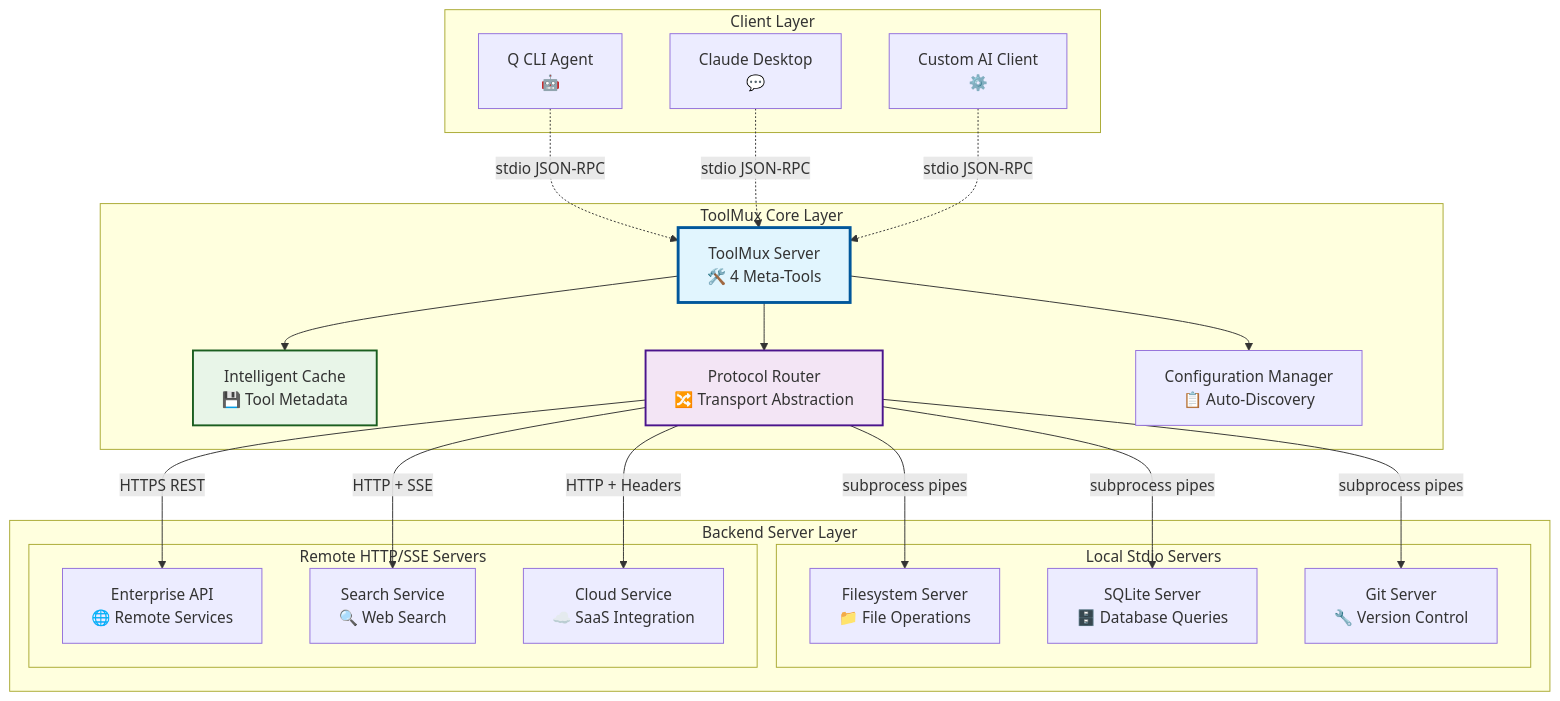
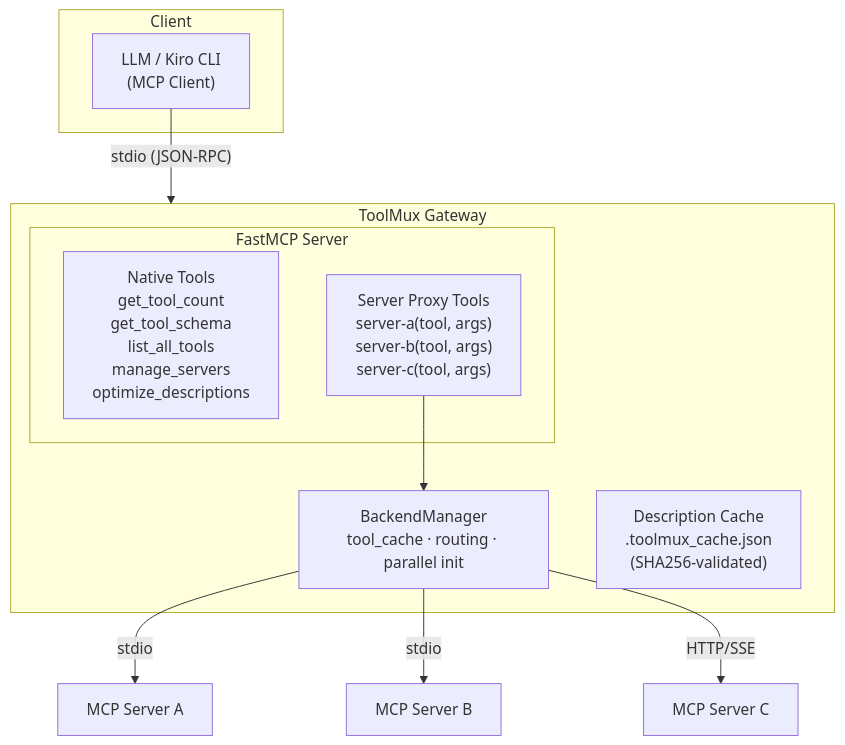
Before and after one commit to subnetangel/ToolMux: the first of 10 diagrams in docs/ARCHITECTURE.md, drawn with Mermaid. The commit also changed other lines of this file and 29 other files, not shown here.

````diff
--- a/docs/ARCHITECTURE.md
+++ b/docs/ARCHITECTURE.md
@@ -90,48 +9,22 @@
 ```mermaid
 graph TB
-    subgraph "Client Layer"
-        QCli["Q CLI Agent<br/>🤖"]
-        Claude["Claude Desktop<br/>💬"]
-        Custom["Custom AI Client<br/>⚙️"]
+    subgraph Client
+        LLM["LLM / Kiro CLI<br/>(MCP Client)"]
     end
-    
-    subgraph "ToolMux Core Layer"
-        TM["ToolMux Server<br/>🛠️ 4 Meta-Tools"]
-        Cache["Intelligent Cache<br/>💾 Tool Metadata"]
-        Router["Protocol Router<br/>🔀 Transport Abstraction"]
-        Config["Configuration Manager<br/>📋 Auto-Discovery"]
+
+    LLM -->|"stdio (JSON-RPC)"| TM
+
+    subgraph TM["ToolMux Gateway"]
+        subgraph FastMCP["FastMCP Server"]
+            Native["Native Tools<br/>get_tool_count<br/>get_tool_schema<br/>list_all_tools<br/>manage_servers<br/>optimize_descriptions"]
+            Proxies["Server Proxy Tools<br/>server-a(tool, args)<br/>server-b(tool, args)<br/>server-c(tool, args)"]
+        end
+        BM["BackendManager<br/>tool_cache · routing · parallel init"]
+        Cache["Description Cache<br/>.toolmux_cache.json<br/>(SHA256-validated)"]
     end
-    
-    subgraph "Backend Server Layer"
-        subgraph "Local Stdio Servers"
-            FS["Filesystem Server<br/>📁 File Operations"]
-            SQLite["SQLite Server<br/>🗄️ Database Queries"]
-            Git["Git Server<br/>🔧 Version Control"]
-        end
-        
-        subgraph "Remote HTTP/SSE Servers"
-            API1["Enterprise API<br/>🌐 Remote Services"]
-            Search["Search Service<br/>🔍 Web Search"]
-            Cloud["Cloud Service<br/>☁️ SaaS Integration"]
-        end
-    end
-    
-    QCli -.->|stdio JSON-RPC| TM
-    Claude -.->|stdio JSON-RPC| TM
-    Custom -.->|stdio JSON-RPC| TM
-    
-    TM --> Cache
-    TM --> Router
-    TM --> Config
-    
-    Router -->|subprocess pipes| FS
-    Router -->|subprocess pipes| SQLite
-    Router -->|subprocess pipes| Git
-    Router -->|HTTPS REST| API1
-    Router -->|HTTP + SSE| Search
-    Router -->|HTTP + Headers| Cloud
-    
-    style TM fill:#e1f5fe,stroke:#01579b,stroke-width:3px
-    style Router fill:#f3e5f5,stroke:#4a148c,stroke-width:2px
-    style Cache fill:#e8f5e8,stroke:#1b5e20,stroke-width:2px
+
+    Proxies --> BM
+    BM -->|stdio| S1["MCP Server A"]
+    BM -->|stdio| S2["MCP Server B"]
+    BM -->|HTTP/SSE| S3["MCP Server C"]
 ```
````
